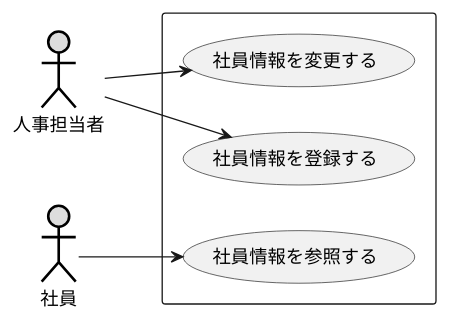
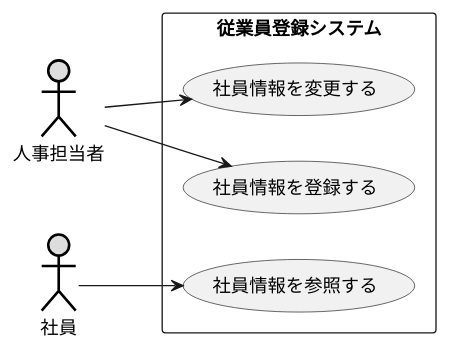
The diagram in 演習2-6_盛岡システム_従業員登録システム.pu (nozomu1210/uml-introduction), drawn with PlantUML before and after one commit.

Commit message:
演習2-6

```diff
--- a/演習2-6_盛岡システム_従業員登録システム.pu
+++ b/演習2-6_盛岡システム_従業員登録システム.pu
@@ -1,13 +1,13 @@
 @startuml ユースケース図
 left to right direction
 actor 人事担当者 #DDDDDD;line:black;line.bold;
 actor 社員 #DDDDDD;line:black;line.bold;
-rectangle {
+rectangle 従業員登録システム{
 usecase 社員情報を変更する
 usecase 社員情報を登録する
 usecase 社員情報を参照する
 }
 人事担当者 --> 社員情報を登録する
 人事担当者 --> 社員情報を変更する
 社員 -->  社員情報を参照する
 @enduml
```
